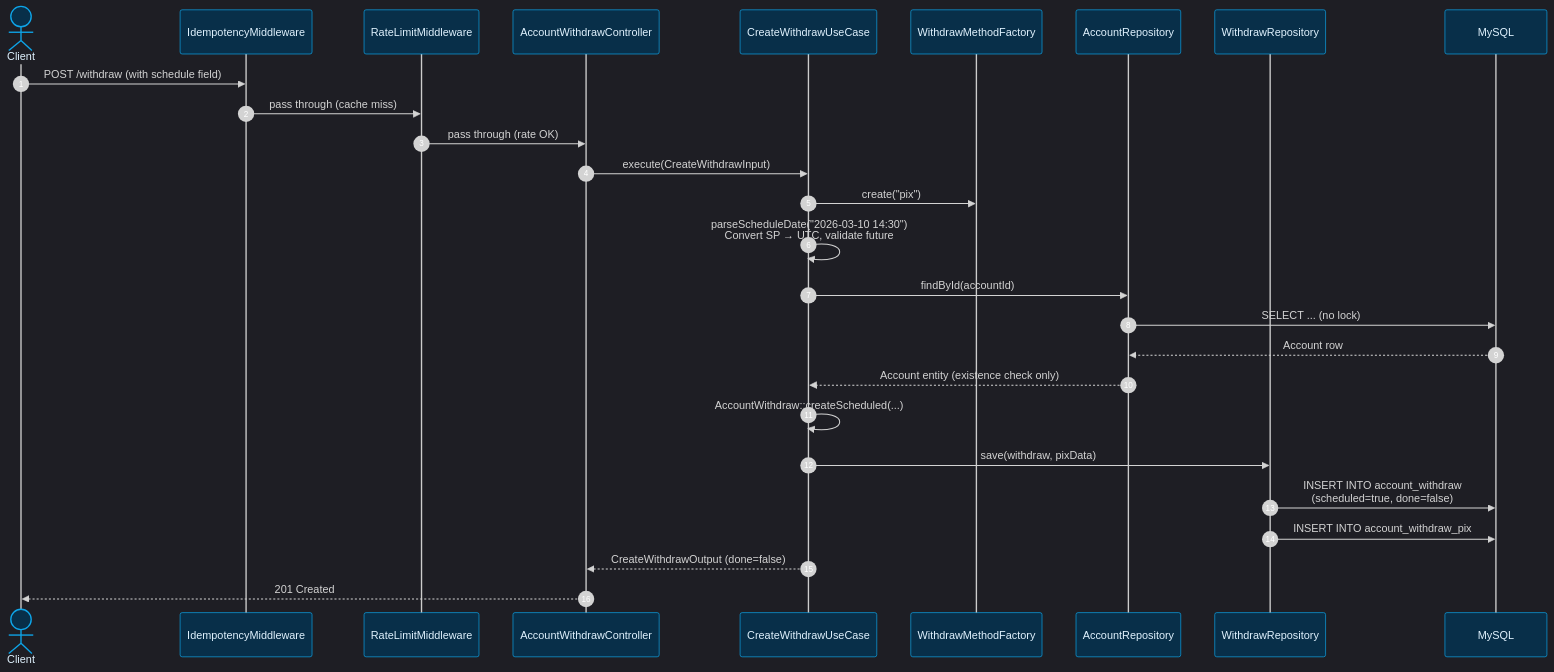
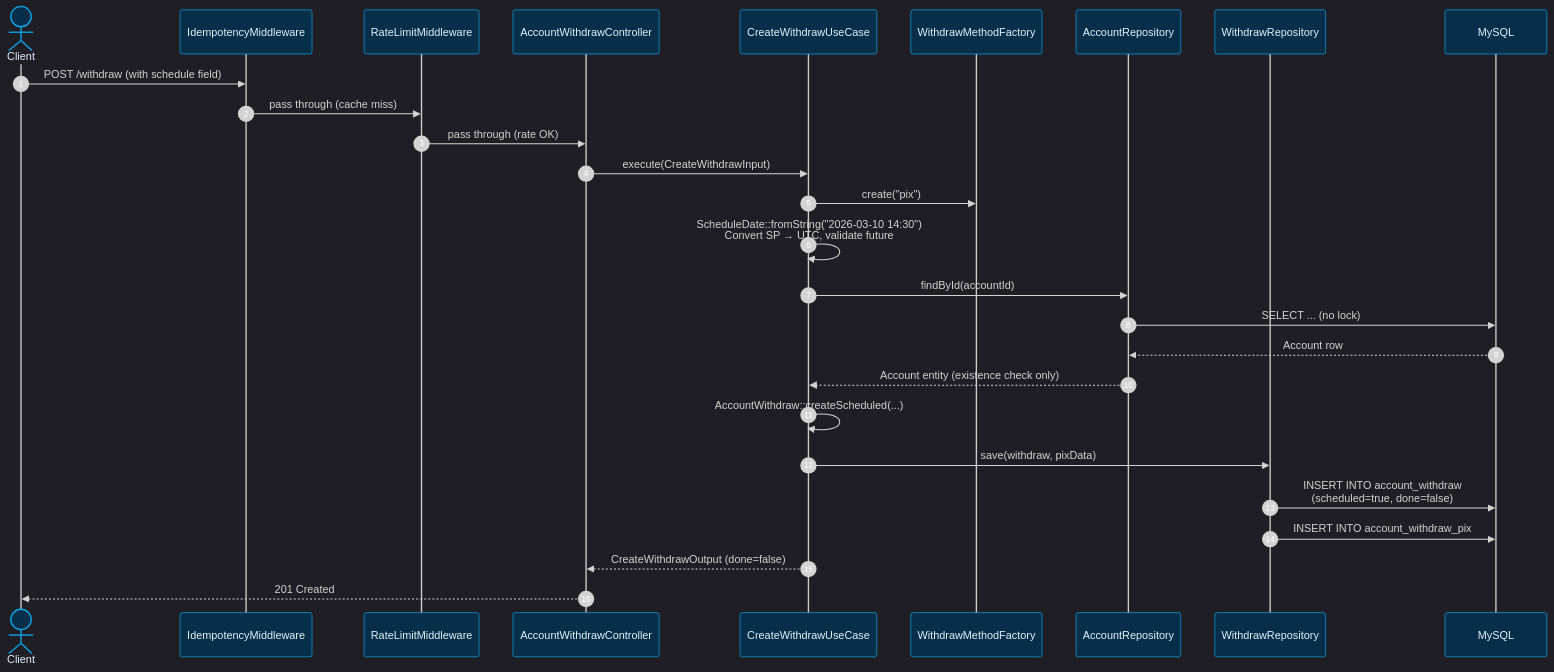
The sixth of 10 diagrams in README.md (jonatamsr/jsr-pix-withdrawal), drawn with Mermaid before and after one commit. The commit also changed other lines of this file, not shown here.

````diff
--- a/README.md
+++ b/README.md
@@ -649,37 +649,37 @@
 ```mermaid
 %%{init: {'theme': 'dark', 'themeVariables': { 'fontFamily': 'ui-sans-serif, system-ui', 'primaryColor': '#1e1b4b', 'primaryTextColor': '#e0e7ff', 'primaryBorderColor': '#6366f1', 'lineColor': '#94a3b8', 'sequenceNumberColor': '#ffffff', 'actorBkg': '#082f49', 'actorBorder': '#0ea5e9', 'actorTextColor': '#e0f2fe', 'labelBoxBkgColor': '#1e293b', 'labelBoxBorderColor': '#475569'}}}%%
 sequenceDiagram
     autonumber
     actor Client
     participant MW_ID as IdempotencyMiddleware
     participant MW_RL as RateLimitMiddleware
     participant Ctrl as AccountWithdrawController
     participant UC as CreateWithdrawUseCase
     participant Factory as WithdrawMethodFactory
     participant AccRepo as AccountRepository
     participant WdRepo as WithdrawRepository
     participant MySQL
 
     Client->>MW_ID: POST /withdraw (with schedule field)
     MW_ID->>MW_RL: pass through (cache miss)
     MW_RL->>Ctrl: pass through (rate OK)
 
     Ctrl->>UC: execute(CreateWithdrawInput)
 
     UC->>Factory: create("pix")
-    UC->>UC: parseScheduleDate("2026-03-10 14:30")<br/>Convert SP → UTC, validate future
+    UC->>UC: ScheduleDate::fromString("2026-03-10 14:30")<br/>Convert SP → UTC, validate future
 
     UC->>AccRepo: findById(accountId)
     AccRepo->>MySQL: SELECT ... (no lock)
     MySQL-->>AccRepo: Account row
     AccRepo-->>UC: Account entity (existence check only)
 
     UC->>UC: AccountWithdraw::createScheduled(...)
 
     UC->>WdRepo: save(withdraw, pixData)
     WdRepo->>MySQL: INSERT INTO account_withdraw<br/>(scheduled=true, done=false)
     WdRepo->>MySQL: INSERT INTO account_withdraw_pix
 
     UC-->>Ctrl: CreateWithdrawOutput (done=false)
     Ctrl-->>Client: 201 Created
 ```
````
